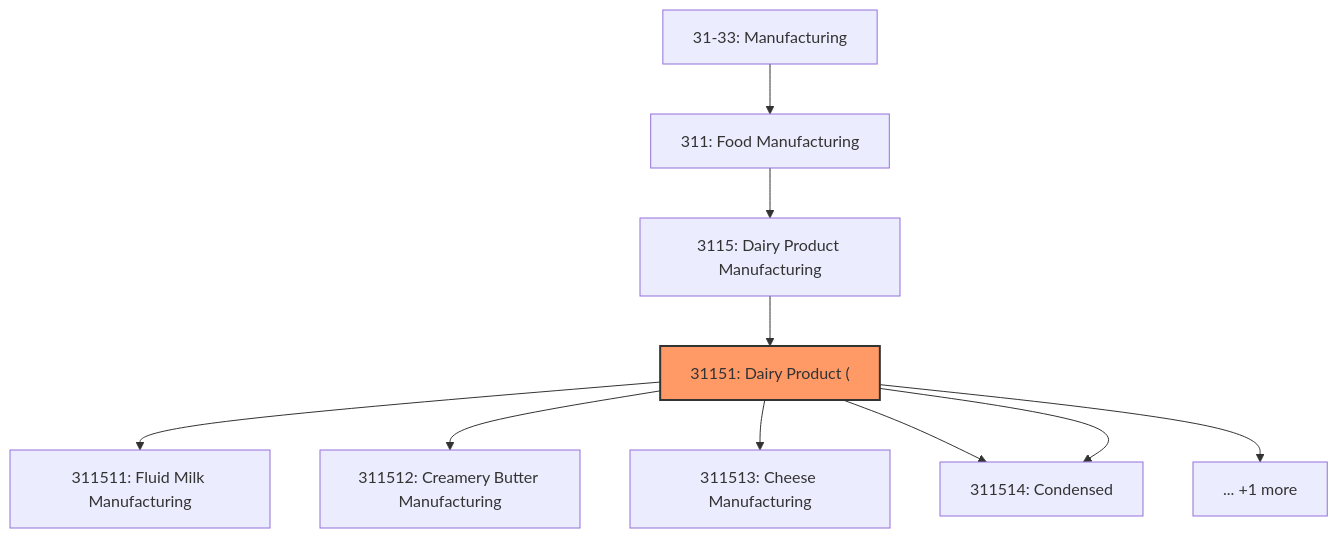
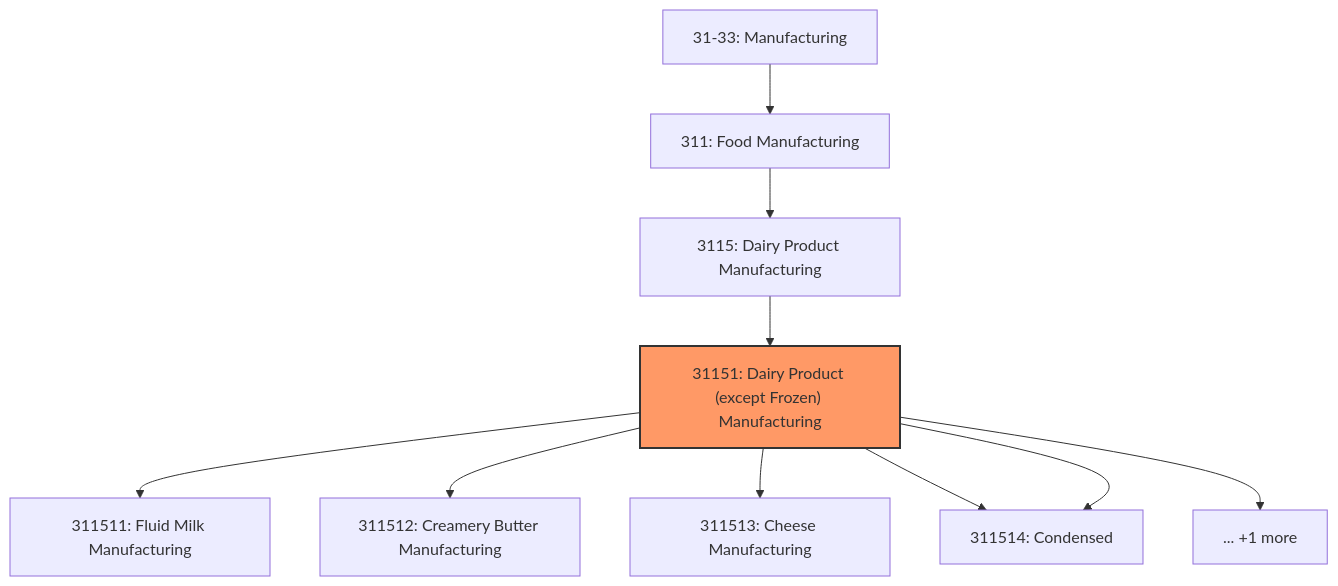
Before and after one commit to kziemski/business.org.ai: the first of 3 diagrams in industries/Manufacturing/FoodManufacturing/DairyProductManufacturing/DairyProduct/index.mdx, drawn with Mermaid. The commit also changed other lines of this file and 67418 other files, not shown here.

````diff
--- a/industries/Manufacturing/FoodManufacturing/DairyProductManufacturing/DairyProduct/index.mdx
+++ b/industries/Manufacturing/FoodManufacturing/DairyProductManufacturing/DairyProduct/index.mdx
@@ -22,14 +22,14 @@
 ```mermaid
 graph TD
     S31["31-33: Manufacturing"]
     S31 --> N311["311: Food Manufacturing"]
     N311 --> N3115["3115: Dairy Product Manufacturing"]
-    N3115 --> N31151["31151: Dairy Product ("]
+    N3115 --> N31151["31151: Dairy Product (except Frozen) Manufacturing"]
     style N31151 fill:#f96,stroke:#333,stroke-width:2px
     N31151 --> N311511["311511: Fluid Milk Manufacturing"]
     N31151 --> N311512["311512: Creamery Butter Manufacturing"]
     N31151 --> N311513["311513: Cheese Manufacturing"]
     N31151 --> N311514["311514: Dry"]
     N31151 --> N311514["311514: Condensed"]
     N31151 --> more["... +1 more"]
 ```
````
